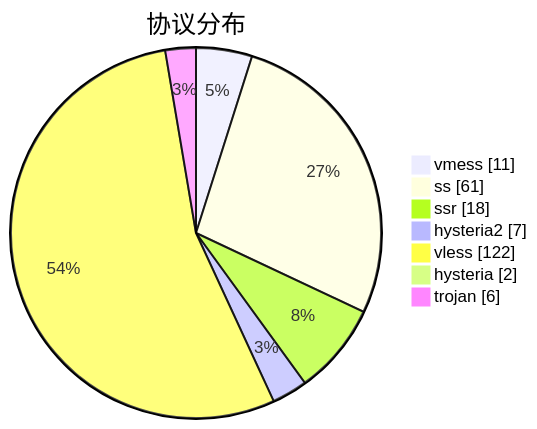
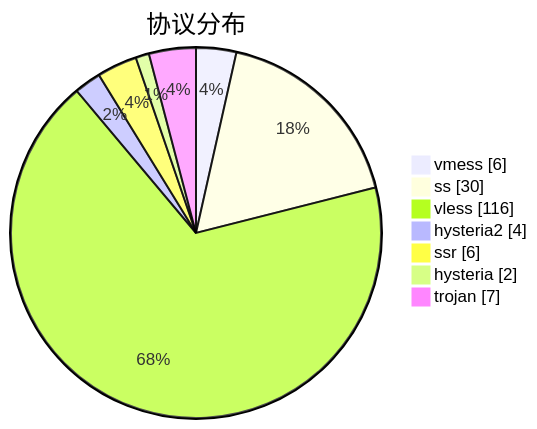
Before and after one commit to sinspired/airport: the third of 3 diagrams in subs/statistics/tested_within.md, drawn with Mermaid. The commit also changed other lines of this file and 2 other files, not shown here.

````diff
--- a/subs/statistics/tested_within.md
+++ b/subs/statistics/tested_within.md
@@ -41,11 +41,11 @@
 ```mermaid
 pie showData
 title 协议分布
-"vmess" : 11
-"ss" : 61
-"ssr" : 18
-"hysteria2" : 7
-"vless" : 122
+"vmess" : 6
+"ss" : 30
+"vless" : 116
+"hysteria2" : 4
+"ssr" : 6
 "hysteria" : 2
-"trojan" : 6
+"trojan" : 7
 ```
````
